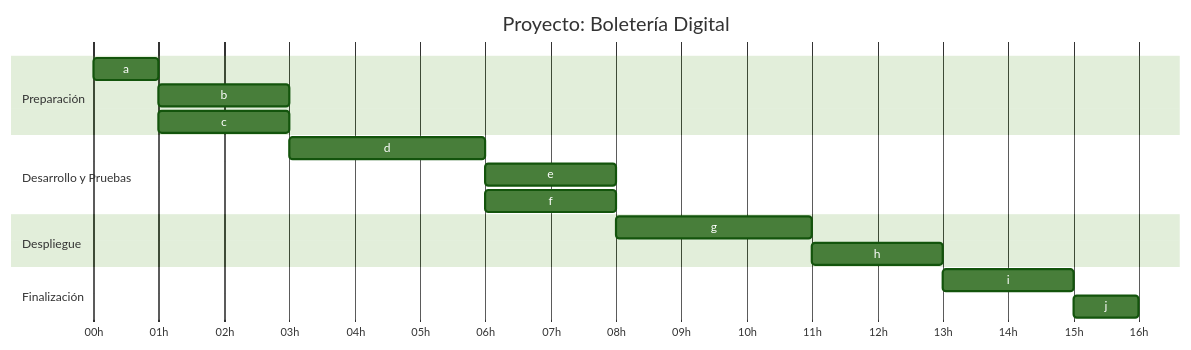
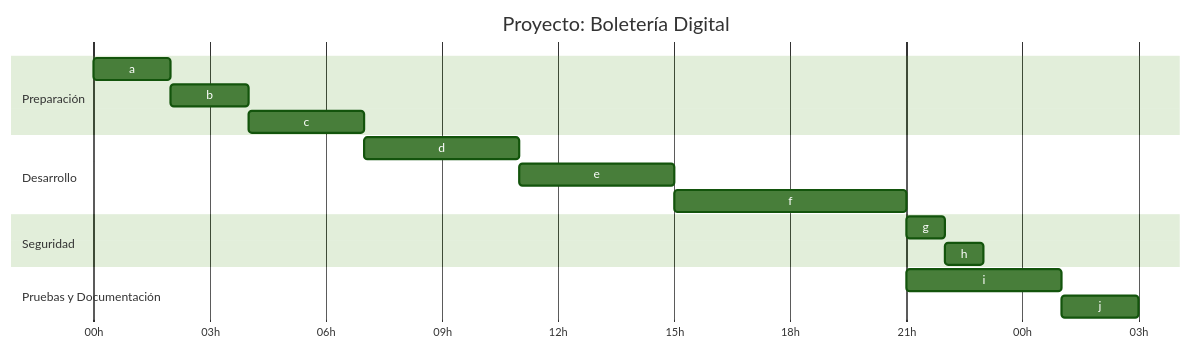
One commit to PasandiLuka/SuperProyecto changed the third of 3 diagrams in doc/README.md. Above: the diagram before and after it, drawn with Mermaid (forest theme). The commit also changed other lines of this file and 25 other files, not shown here.

````diff
--- a/doc/README.md
+++ b/doc/README.md
@@ -216,23 +216,24 @@
 ```mermaid
 gantt
     title Proyecto: Boletería Digital
     dateFormat  HH
     axisFormat  %Hh
+
     section Preparación
-    a : a, 00, 1h
+    a : a, 00, 2h
     b : b, after a, 2h
-    c : c, after a, 2h
+    c : c, after b, 3h
 
-    section Desarrollo y Pruebas
-    d : d, after b c, 3h
-    e : e, after d, 2h
-    f : f, after d, 2h
+    section Desarrollo
+    d : d, after c, 4h
+    e : e, after d, 4h
+    f : f, after e, 6h
 
-    section Despliegue
-    g : g, after e f, 3h
-    h : h, after g, 2h
+    section Seguridad
+    g : g, after f, 1h
+    h : h, after g, 1h
 
-    section Finalización
-    i : i, after h, 2h
-    j : j, after i, 1h
+    section Pruebas y Documentación
+    i : i, after f, 4h
+    j : j, after i h, 2h
 ```
````
